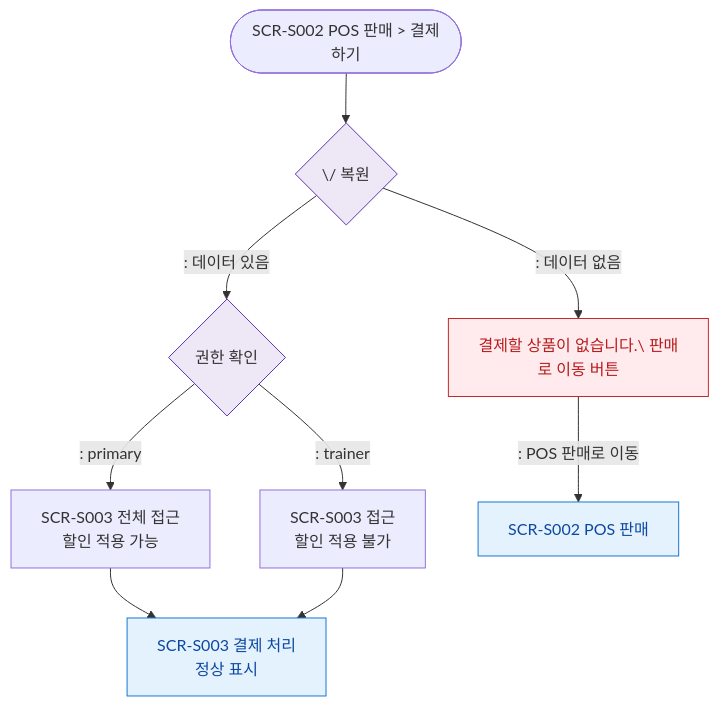
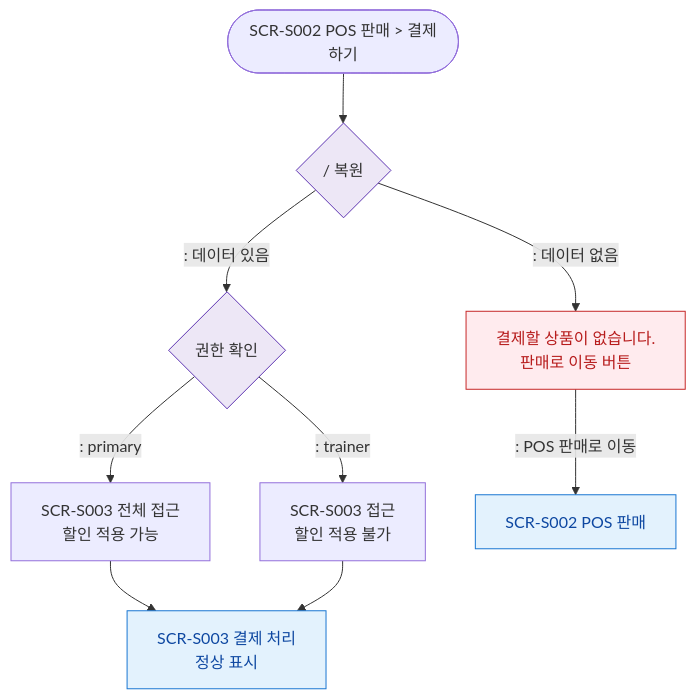
Before and after one commit to dev-spogym/admin-pando: the diagram in docs/admin/다이어그램/D03_매출관리/SCR-S003_결제처리/F1_진입.md, drawn with Mermaid. The commit also changed 369 other files, not shown here.

````diff
--- a/docs/admin/다이어그램/D03_매출관리/SCR-S003_결제처리/F1_진입.md
+++ b/docs/admin/다이어그램/D03_매출관리/SCR-S003_결제처리/F1_진입.md
@@ -18,24 +18,24 @@
 ```mermaid
 flowchart TD
-    S002([SCR-S002 POS 판매 > 결제하기]) --> SESSION_RESTORE{\/ 복원}
+    S002([SCR-S002 POS 판매 > 결제하기]) --> SESSION_RESTORE{/ 복원}
 
     SESSION_RESTORE -->|": 데이터 있음"|AUTH{권한 확인}
-    SESSION_RESTORE -->|": 데이터 없음"|ERR_NO_CART[결제할 상품이 없습니다.\ 판매로 이동 버튼]
+    SESSION_RESTORE -->|": 데이터 없음"|ERR_NO_CART[결제할 상품이 없습니다.<br/> 판매로 이동 버튼]
 
     AUTH -->|": primary"|FULL[SCR-S003 전체 접근\n할인 적용 가능]
     AUTH -->|": trainer"|TRAINER[SCR-S003 접근\n할인 적용 불가]
 
     FULL --> S003[SCR-S003 결제 처리\n정상 표시]
     TRAINER --> S003
 
     ERR_NO_CART -->|": POS 판매로 이동"|S002_BACK[SCR-S002 POS 판매]
 
     classDef screen fill:#E3F2FD,stroke:#1976D2,color:#0D47A1
     classDef error fill:#FFEBEE,stroke:#C62828,color:#B71C1C
     classDef system fill:#EDE7F6,stroke:#5E35B2
     classDef warning fill:#FFF8E1,stroke:#F9A825,color:#F57F17
 
     class S003,S002_BACK screen
     class ERR_NO_CART error
     class SESSION_RESTORE,AUTH system
 ```
````
